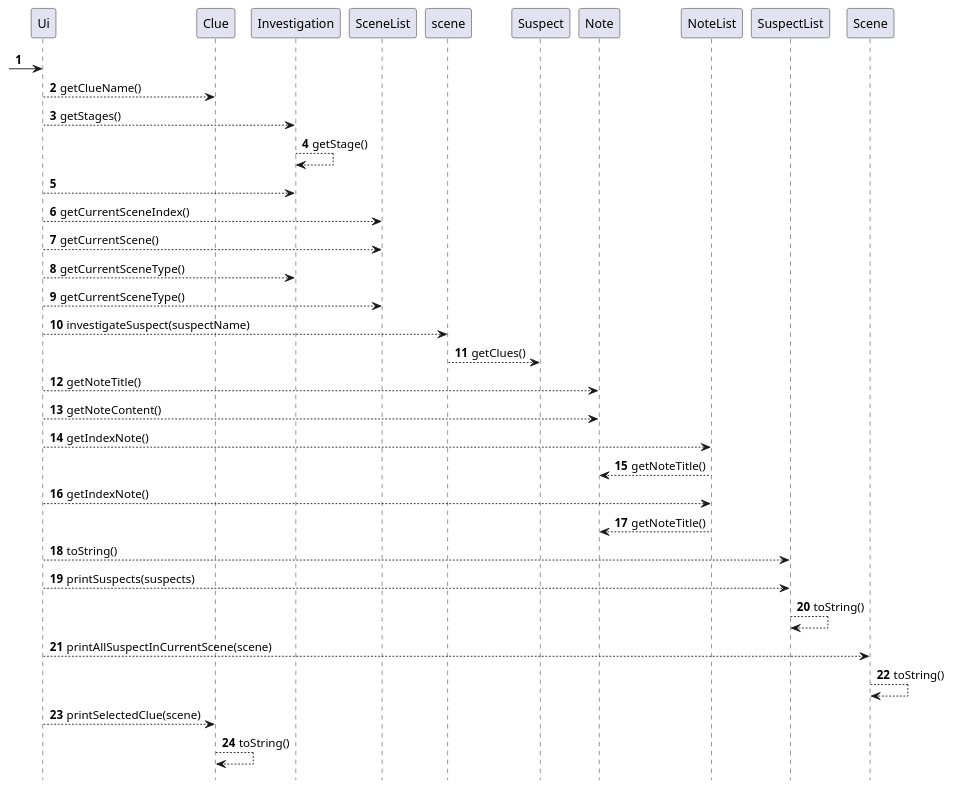
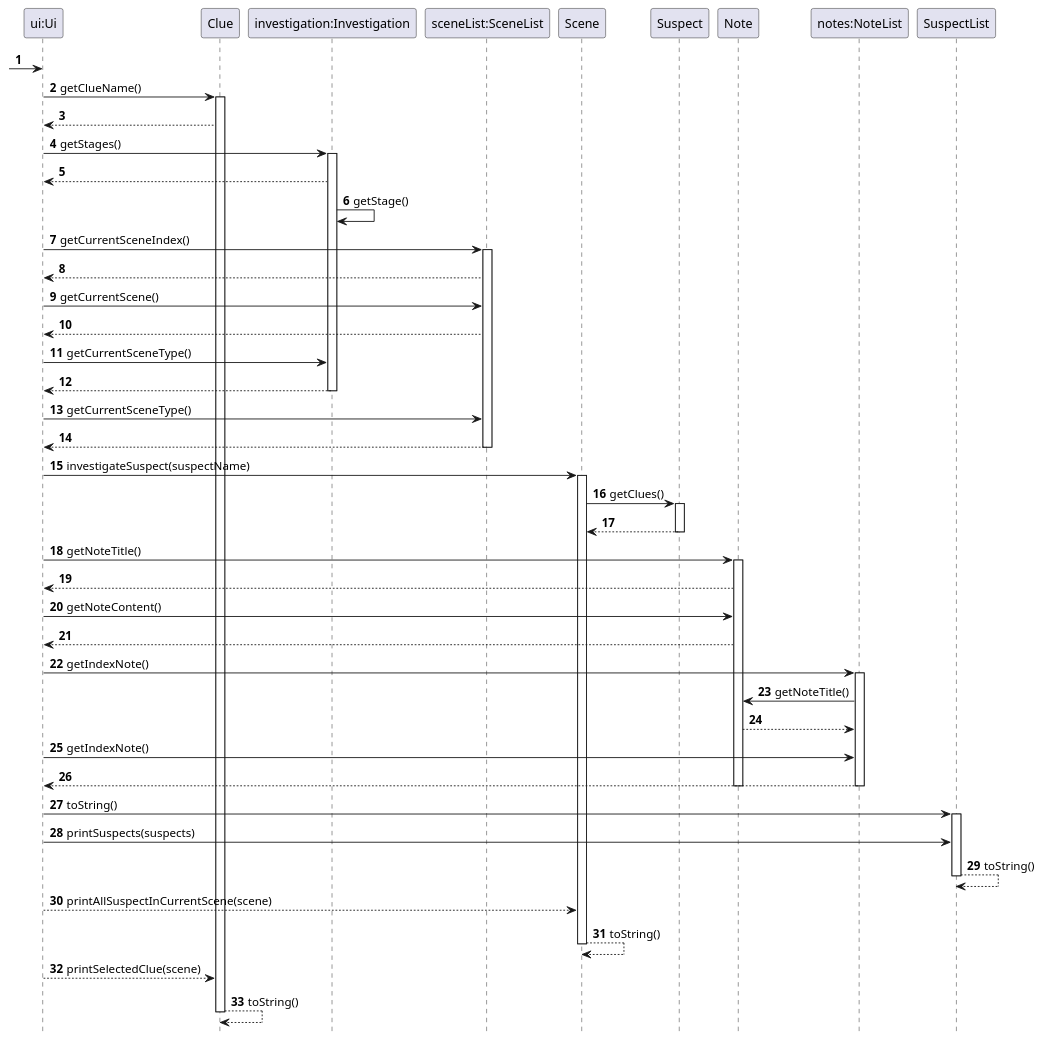
One commit to peng-217/tp changed the diagram in docs/UiUML.puml. Above: the diagram before and after it, drawn with PlantUML. The commit also changed 2 other files, not shown here.

Commit message:
Update Ui UML and PPP

```diff
--- a/docs/UiUML.puml
+++ b/docs/UiUML.puml
@@ -1,35 +1,63 @@
 @startuml
 'https://plantuml.com/sequence-diagram
 
 autonumber
 hide footbox
 
- ->Ui:
-Ui --> Clue:getClueName()
-Ui --> Investigation : getStages()
-Investigation --> Investigation:getStage()
-Investigation <-- Ui
-Ui --> SceneList:getCurrentSceneIndex()
-Ui --> SceneList:getCurrentScene()
-Ui --> Investigation:getCurrentSceneType()
-Ui --> SceneList:getCurrentSceneType()
-Ui --> scene:investigateSuspect(suspectName)
-scene --> Suspect:getClues()
-Ui --> Note: getNoteTitle()
-Ui --> Note: getNoteContent()
-Ui --> NoteList:getIndexNote()
-NoteList --> Note: getNoteTitle()
-Ui --> NoteList:getIndexNote()
-NoteList --> Note: getNoteTitle()
-Ui --> SuspectList:toString()
-Ui --> SuspectList:printSuspects(suspects)
+ ->"ui:Ui":
+"ui:Ui" -> Clue:getClueName()
+activate Clue
+Clue --> "ui:Ui"
+"ui:Ui" -> "investigation:Investigation" : getStages()
+activate "investigation:Investigation"
+"investigation:Investigation" --> "ui:Ui"
+"investigation:Investigation" -> "investigation:Investigation":getStage()
+"ui:Ui" -> "sceneList:SceneList":getCurrentSceneIndex()
+activate "sceneList:SceneList"
+"sceneList:SceneList" --> "ui:Ui"
+"ui:Ui" -> "sceneList:SceneList":getCurrentScene()
+"sceneList:SceneList" --> "ui:Ui"
+"ui:Ui" -> "investigation:Investigation":getCurrentSceneType()
+
+"investigation:Investigation" --> "ui:Ui"
+deactivate "investigation:Investigation"
+"ui:Ui" -> "sceneList:SceneList":getCurrentSceneType()
+"sceneList:SceneList"-->"ui:Ui"
+deactivate "sceneList:SceneList"
+"ui:Ui" -> Scene:investigateSuspect(suspectName)
+activate Scene
+Scene -> Suspect:getClues()
+activate Suspect
+Suspect-->Scene
+deactivate Suspect
+"ui:Ui" -> Note: getNoteTitle()
+activate Note
+Note --> "ui:Ui"
+"ui:Ui"-> Note: getNoteContent()
+Note --> "ui:Ui"
+"ui:Ui" -> "notes:NoteList":getIndexNote()
+activate "notes:NoteList"
+"notes:NoteList" -> Note: getNoteTitle()
+Note --> "notes:NoteList"
+"ui:Ui" -> "notes:NoteList":getIndexNote()
+"notes:NoteList" --> "ui:Ui"
+
+deactivate Note
+deactivate "notes:NoteList"
+"ui:Ui"-> SuspectList:toString()
+activate SuspectList
+
+"ui:Ui" -> SuspectList:printSuspects(suspects)
 SuspectList --> SuspectList:toString()
-Ui --> Scene:printAllSuspectInCurrentScene(scene)
+deactivate SuspectList
+"ui:Ui" --> Scene:printAllSuspectInCurrentScene(scene)
 Scene --> Scene: toString()
-Ui --> Clue:printSelectedClue(scene)
+deactivate Scene
+"ui:Ui" --> Clue:printSelectedClue(scene)
 Clue --> Clue: toString()
+deactivate Clue
 
 
 
 
 @enduml
```
